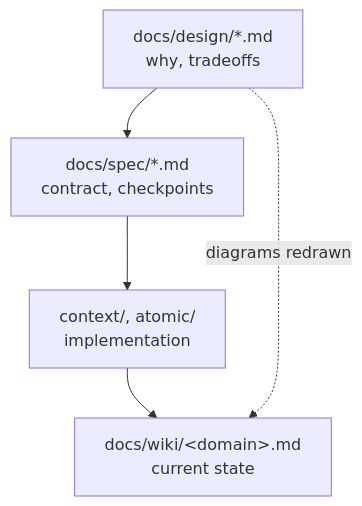
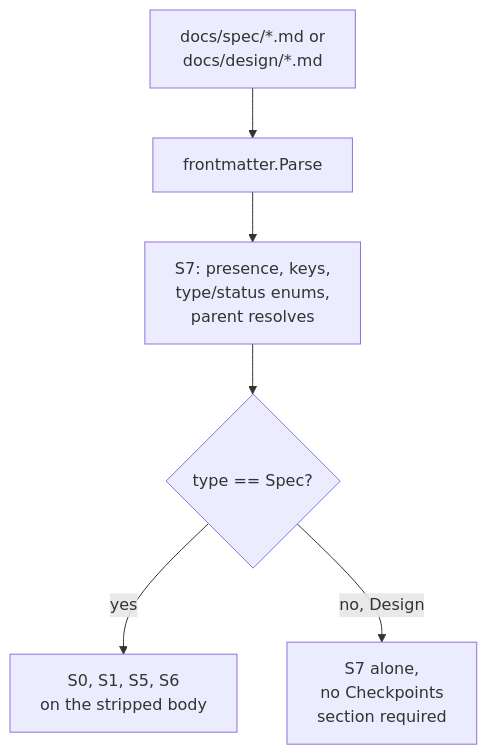
The third of 3 diagrams in docs/wiki/docs-meta.md (damusix/atomic-claude), drawn with Mermaid before and after one commit. The commit also changed other lines of this file and 795 other files, not shown here.

````diff
--- a/docs/wiki/docs-meta.md
+++ b/docs/wiki/docs-meta.md
@@ -119,8 +106,8 @@
 ```mermaid
 flowchart TD
-    %% source: docs/design/doc-consolidation.md; context/agents/atomic-wiki-writer.md
-    D["docs/design/*.md<br/>why, tradeoffs"] --> S["docs/spec/*.md<br/>contract, checkpoints"]
-    S --> C["context/, atomic/<br/>implementation"]
-    C --> W["docs/wiki/&lt;domain&gt;.md<br/>current state"]
-    D -.->|"diagrams redrawn"| W
+    F["docs/spec/*.md or<br/>docs/design/*.md"] --> P["frontmatter.Parse"]
+    P --> S7["S7: presence, keys,<br/>type/status enums,<br/>parent resolves"]
+    S7 --> T{"type == Spec?"}
+    T -->|yes| R["S0, S1, S5, S6<br/>on the stripped body"]
+    T -->|no, Design| N["S7 alone,<br/>no Checkpoints<br/>section required"]
 ```
````
